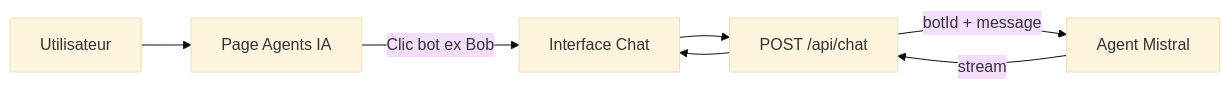
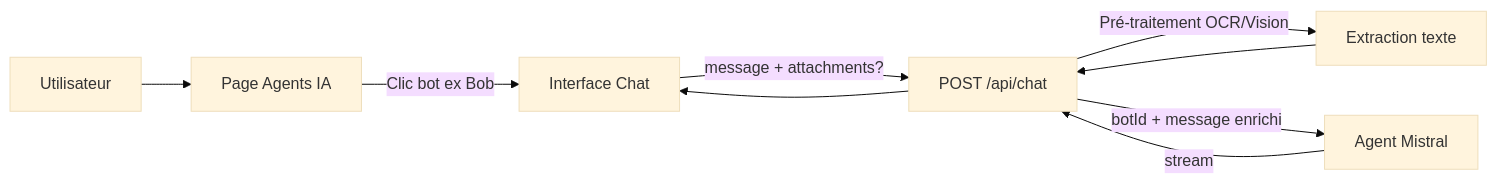
One commit to Allianz-Marseille/saas-27102025 changed the diagram in docs/bots-prelude/bot-agent-ia-standard.md. Above: the diagram before and after it, drawn with Mermaid (base theme). The commit also changed other lines of this file and 1 other file, not shown here.

First line of the commit message:
feat(agents): Mode Opératoire Standard, contrat technique agent-contract.ts

````diff
--- a/docs/bots-prelude/bot-agent-ia-standard.md
+++ b/docs/bots-prelude/bot-agent-ia-standard.md
@@ -16,9 +31,11 @@
 ```mermaid
 flowchart LR
     User[Utilisateur] --> Page[Page Agents IA]
     Page -->|Clic bot ex Bob| Chat[Interface Chat]
-    Chat --> API[POST /api/chat]
-    API -->|botId + message| Mistral[Agent Mistral]
+    Chat -->|message + attachments?| API[POST /api/chat]
+    API -->|Pré-traitement OCR/Vision| PreProcess[Extraction texte]
+    PreProcess --> API
+    API -->|botId + message enrichi| Mistral[Agent Mistral]
     Mistral -->|stream| API
     API --> Chat
 ```
````
